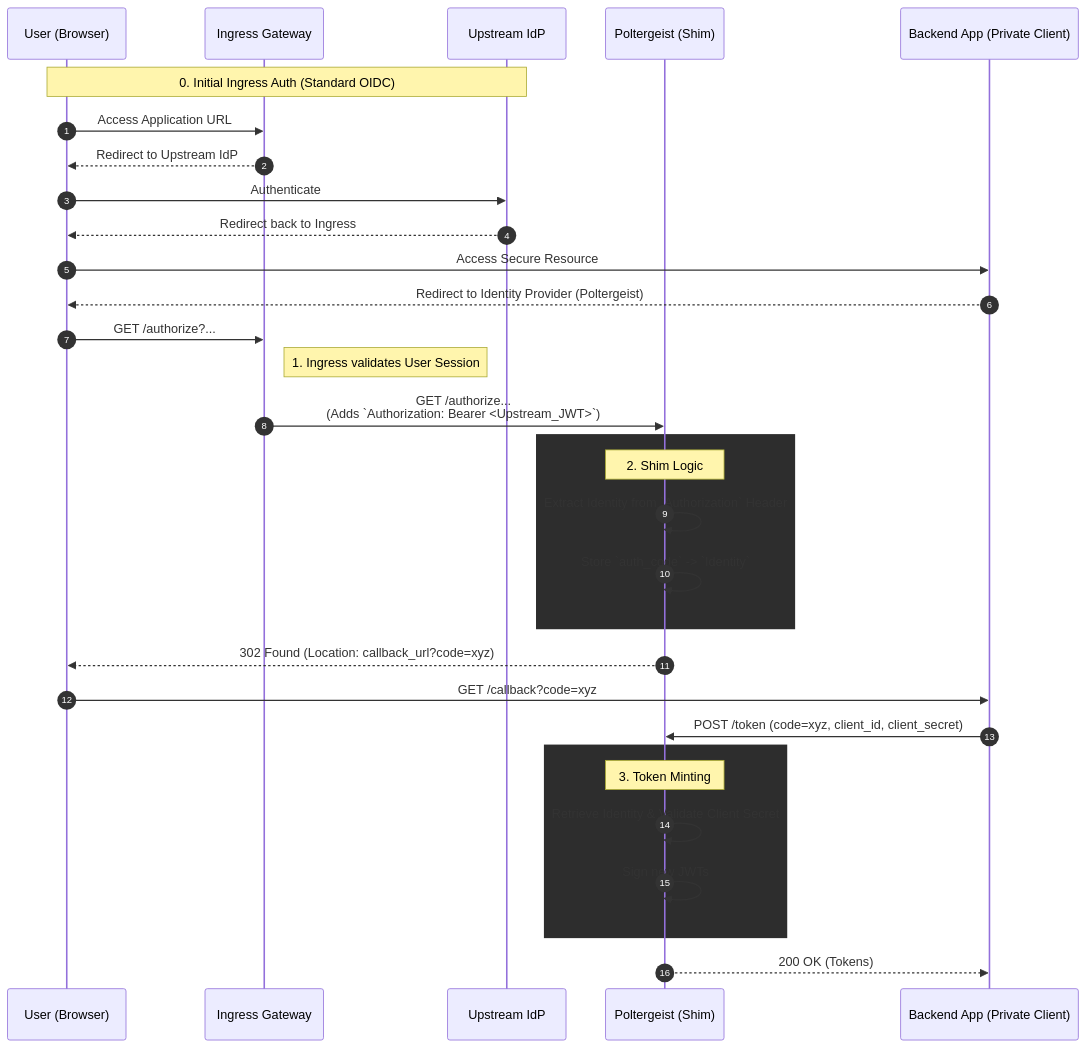
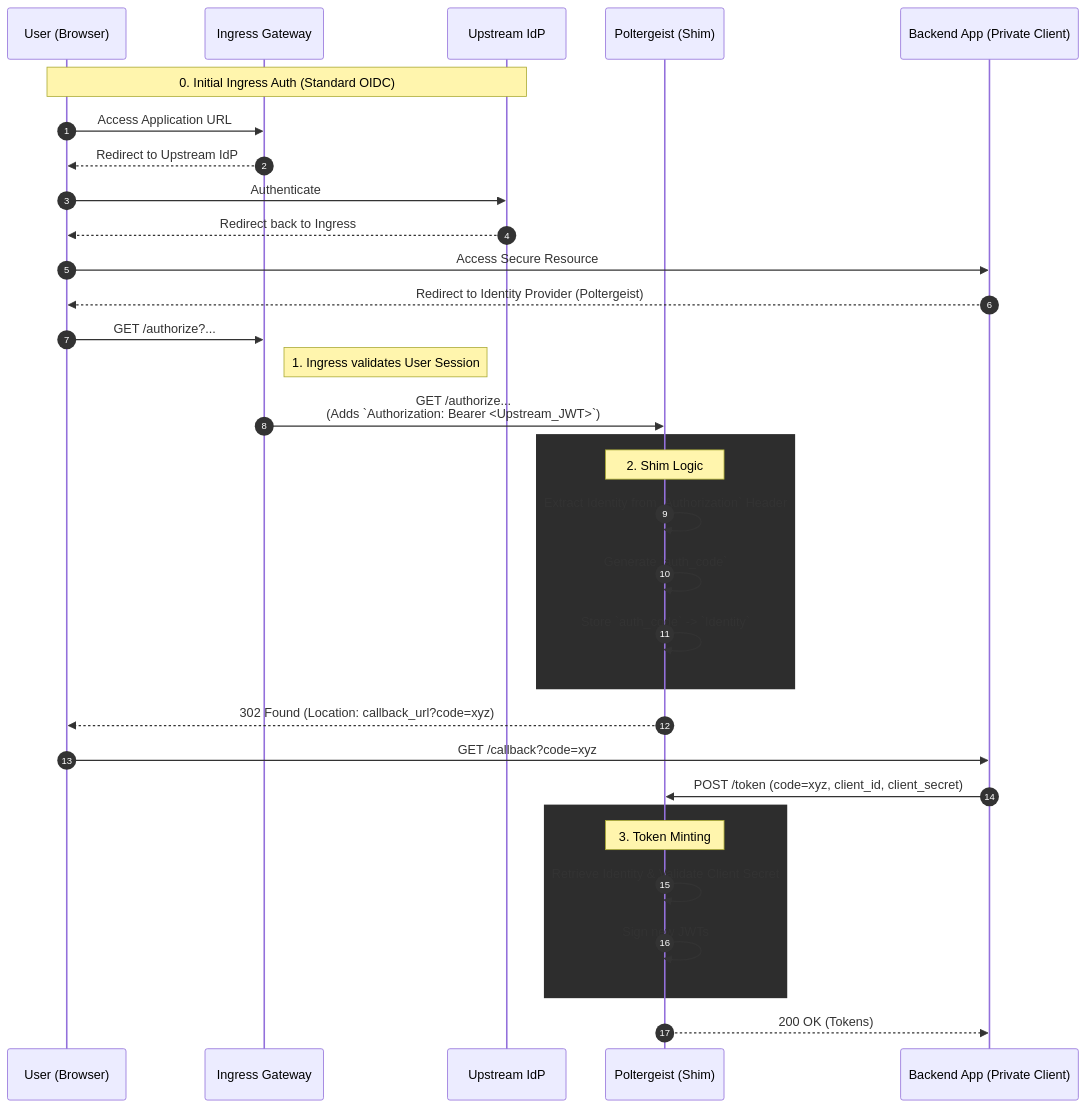
The second of 3 diagrams in README.md (calamity-m/poltergeist), drawn with Mermaid before and after one commit.

Commit message:
fix: add missing step in poltergeist backend diagram

````diff
--- a/README.md
+++ b/README.md
@@ -62,41 +62,42 @@
 ```mermaid
 sequenceDiagram
     autonumber
     participant User as User (Browser)
     participant Ingress as Ingress Gateway
     participant Upstream as Upstream IdP
     participant Poltergeist as Poltergeist (Shim)
     participant Backend as Backend App (Private Client)
 
     Note over User, Upstream: 0. Initial Ingress Auth (Standard OIDC)
     User->>Ingress: Access Application URL
     Ingress-->>User: Redirect to Upstream IdP
     User->>Upstream: Authenticate
     Upstream-->>User: Redirect back to Ingress
     
     User->>Backend: Access Secure Resource
     Backend-->>User: Redirect to Identity Provider (Poltergeist)
     
     User->>Ingress: GET /authorize?...
     Note right of Ingress: 1. Ingress validates User Session
     Ingress->>Poltergeist: GET /authorize... <br/>(Adds `Authorization: Bearer <Upstream_JWT>`)
     
     rect rgb(45, 45, 45)
     Note over Poltergeist: 2. Shim Logic
     Poltergeist->>Poltergeist: Extract Identity from `Authorization` Header
+    Poltergeist->>Poltergeist: Generate `auth_code`
     Poltergeist->>Poltergeist: Store `auth_code` -> `Identity`
     end
     
     Poltergeist-->>User: 302 Found (Location: callback_url?code=xyz)
     
     User->>Backend: GET /callback?code=xyz
     Backend->>Poltergeist: POST /token (code=xyz, client_id, client_secret)
     
     rect rgb(45, 45, 45)
     Note over Poltergeist: 3. Token Minting
     Poltergeist->>Poltergeist: Retrieve Identity & Validate Client Secret
     Poltergeist->>Poltergeist: Sign new JWTs
     end
     
     Poltergeist-->>Backend: 200 OK (Tokens)
 ```
````
